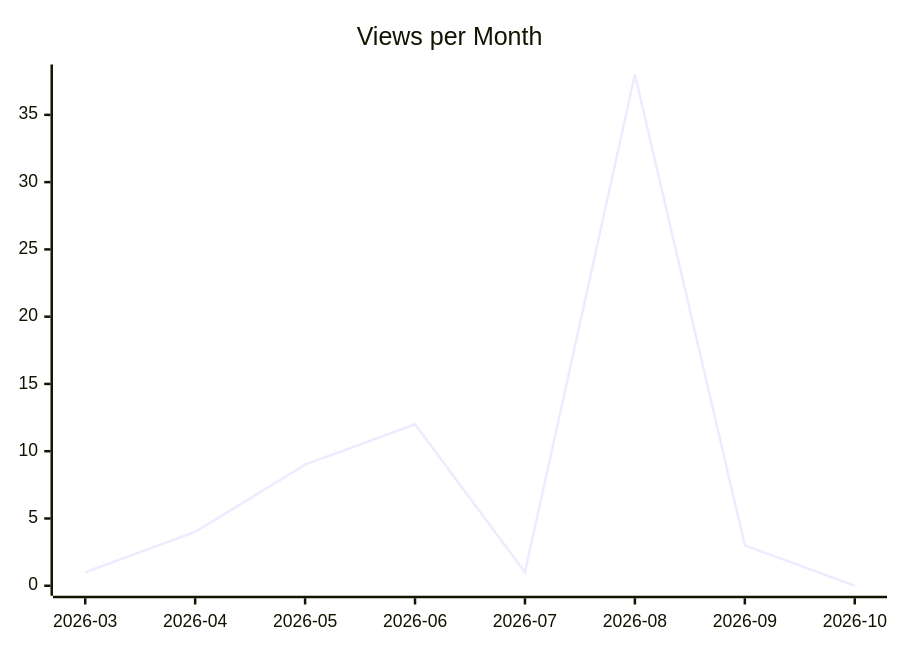
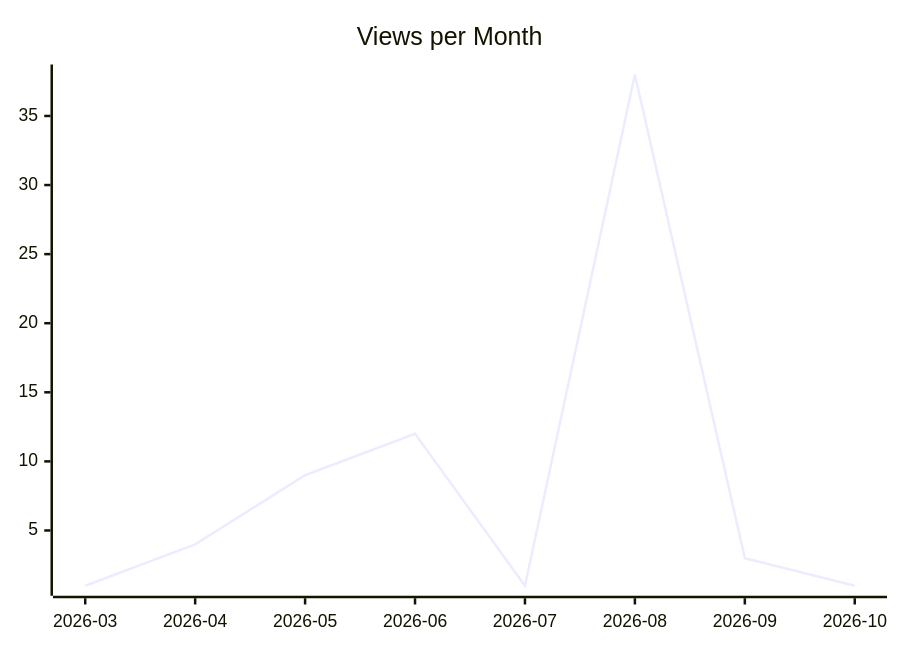
The second of 3 diagrams in justdavis-family/justdavis/README.md (justdavis-family/github-analytics-data), drawn with Mermaid before and after one commit. The commit also changed other lines of this file and 198 other files, not shown here.

````diff
--- a/justdavis-family/justdavis/README.md
+++ b/justdavis-family/justdavis/README.md
@@ -12,6 +12,6 @@
 ```mermaid
 xychart-beta
   title "Views per Month"
   x-axis ["2026-03", "2026-04", "2026-05", "2026-06", "2026-07", "2026-08", "2026-09", "2026-10"]
-  line [1, 4, 9, 12, 1, 38, 3, 0]
+  line [1, 4, 9, 12, 1, 38, 3, 1]
 ```
````
